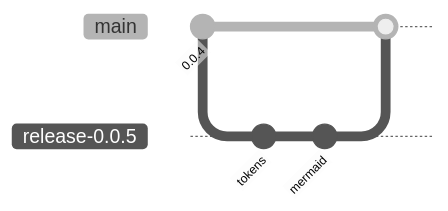
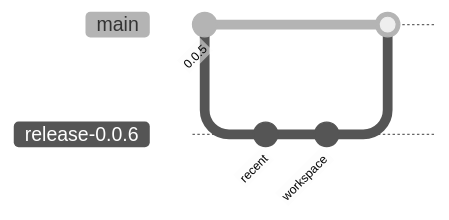
The eighth of 9 diagrams in fixtures/theme-gallery.md (hengistchan/quire-markdown-reader), drawn with Mermaid (neutral theme) before and after one commit. The commit also changed 6 other files, not shown here.

````diff
--- a/fixtures/theme-gallery.md
+++ b/fixtures/theme-gallery.md
@@ -198,10 +198,10 @@
 ```mermaid
 gitGraph
-  commit id: "0.0.4"
-  branch release-0.0.5
-  checkout release-0.0.5
-  commit id: "tokens"
-  commit id: "mermaid"
+  commit id: "0.0.5"
+  branch release-0.0.6
+  checkout release-0.0.6
+  commit id: "recent"
+  commit id: "workspace"
   checkout main
-  merge release-0.0.5
+  merge release-0.0.6
 ```
````
